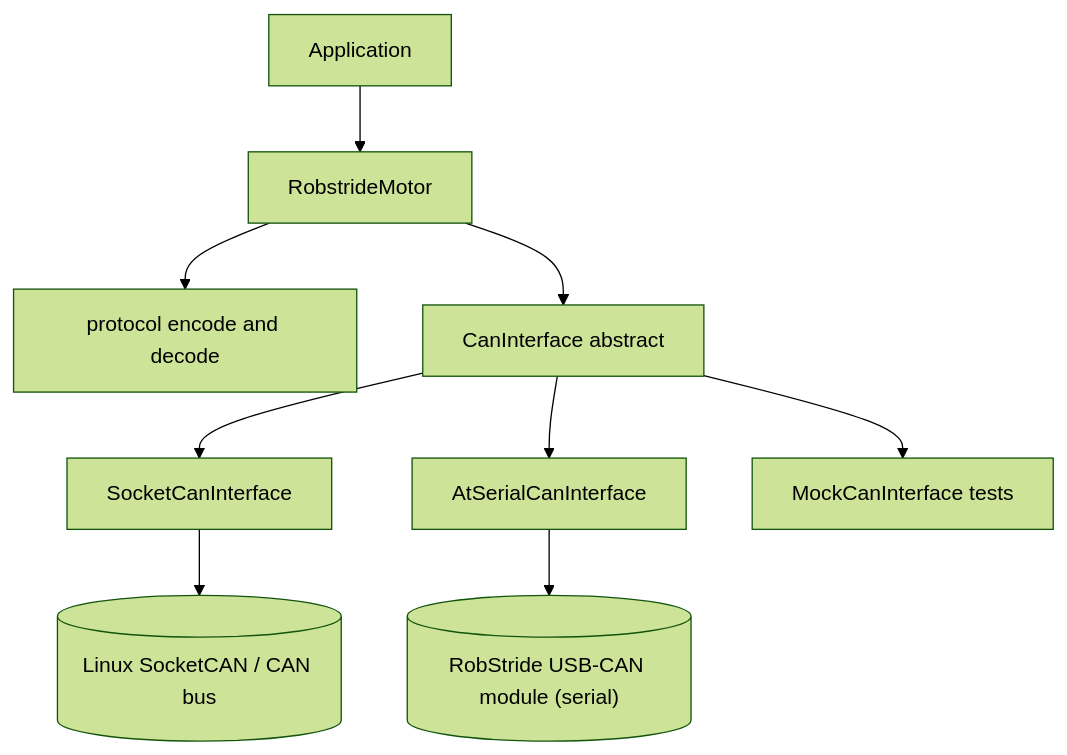
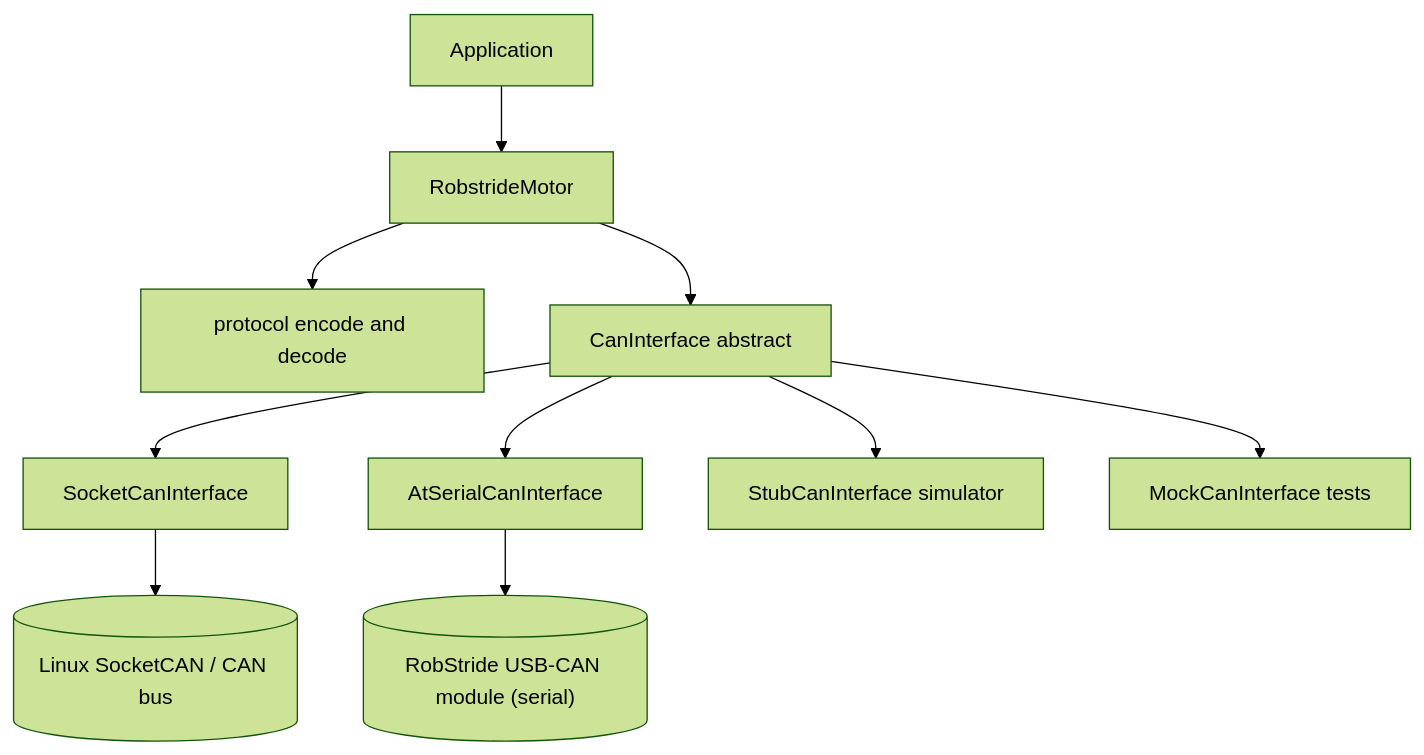
One commit to masayuki-kono/robstride_driver changed the diagram in docs/architecture.md. Above: the diagram before and after it, drawn with Mermaid (forest theme). The commit also changed other lines of this file and 10 other files, not shown here.

First line of the commit message:
feat: add StubCanInterface for hardware-free motor simulation

````diff
--- a/docs/architecture.md
+++ b/docs/architecture.md
@@ -5,11 +5,12 @@
 ```mermaid
 flowchart TD
     app[Application] --> motor[RobstrideMotor]
     motor --> proto[protocol encode and decode]
     motor --> canif[CanInterface abstract]
     canif --> sock[SocketCanInterface]
     canif --> serial[AtSerialCanInterface]
+    canif --> stub[StubCanInterface simulator]
     canif --> mock[MockCanInterface tests]
     sock --> bus[("Linux SocketCAN / CAN bus")]
     serial --> module[("RobStride USB-CAN module (serial)")]
 ```
````
